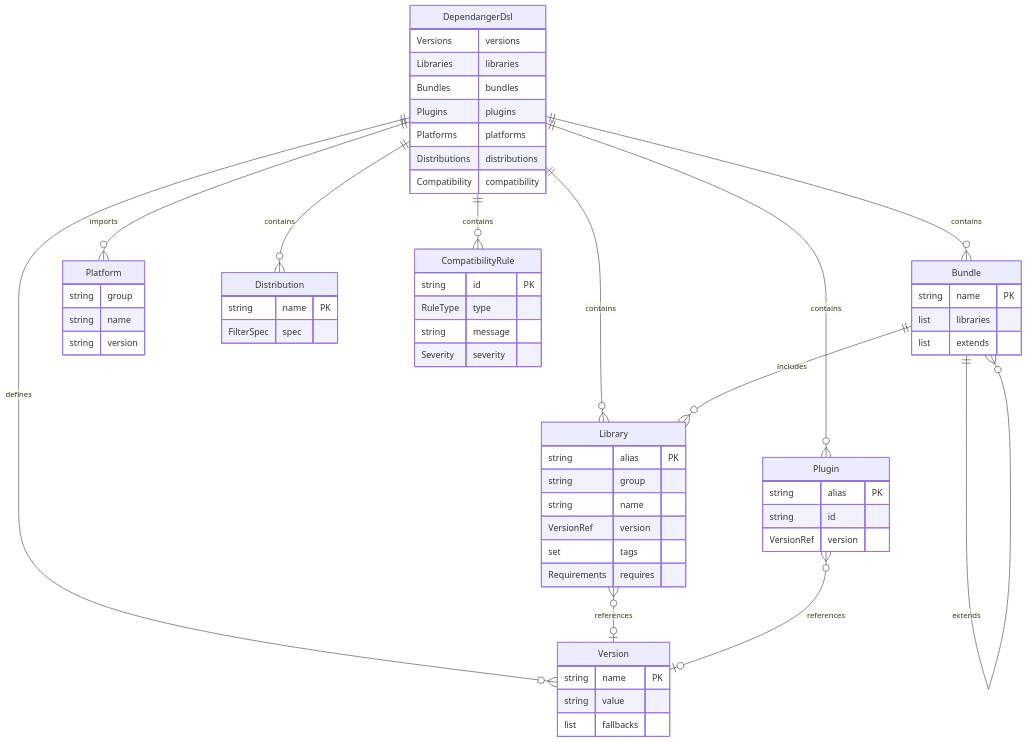
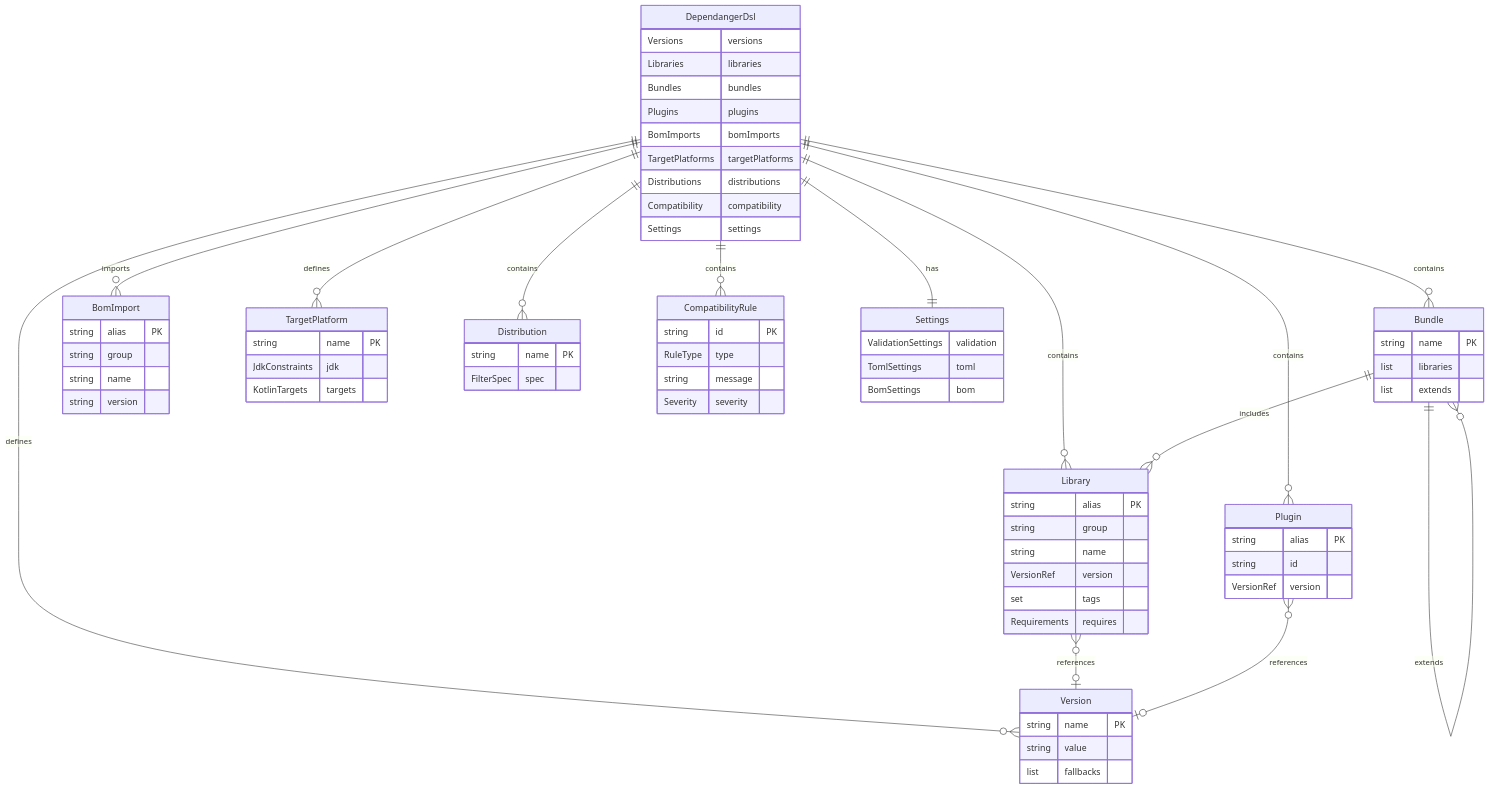
The second of 2 diagrams in docs/01-concepts/domain-model.adoc (zenhelix/dependanger), drawn with Mermaid before and after one commit. The commit also changed other lines of this file and 8 other files, not shown here.

```diff
--- a/docs/01-concepts/domain-model.adoc
+++ b/docs/01-concepts/domain-model.adoc
@@ -97,9 +96,11 @@
     DependangerDsl ||--o{ Plugin : contains
     DependangerDsl ||--o{ Version : defines
     DependangerDsl ||--o{ Bundle : contains
-    DependangerDsl ||--o{ Platform : imports
+    DependangerDsl ||--o{ BomImport : imports
+    DependangerDsl ||--o{ TargetPlatform : defines
     DependangerDsl ||--o{ Distribution : contains
     DependangerDsl ||--o{ CompatibilityRule : contains
+    DependangerDsl ||--|| Settings : has
     Bundle ||--o{ Library : includes
     Bundle ||--o{ Bundle : extends
     Library }o--o| Version : references
@@ -110,9 +111,11 @@
         Libraries libraries
         Bundles bundles
         Plugins plugins
-        Platforms platforms
+        BomImports bomImports
+        TargetPlatforms targetPlatforms
         Distributions distributions
         Compatibility compatibility
+        Settings settings
     }
 
     Library {
@@ -142,10 +145,17 @@
         list extends
     }
 
-    Platform {
+    BomImport {
+        string alias PK
         string group
         string name
         string version
+    }
+
+    TargetPlatform {
+        string name PK
+        JdkConstraints jdk
+        KotlinTargets targets
     }
 
     Distribution {
@@ -159,4 +169,10 @@
         string message
         Severity severity
     }
+
+    Settings {
+        ValidationSettings validation
+        TomlSettings toml
+        BomSettings bom
+    }
 ----
```
